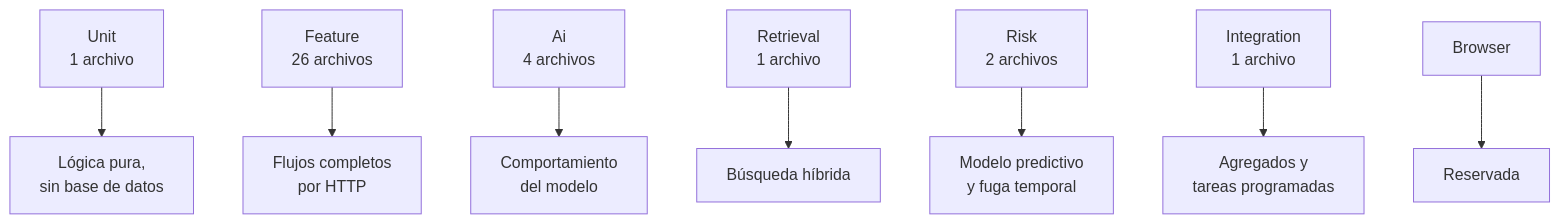
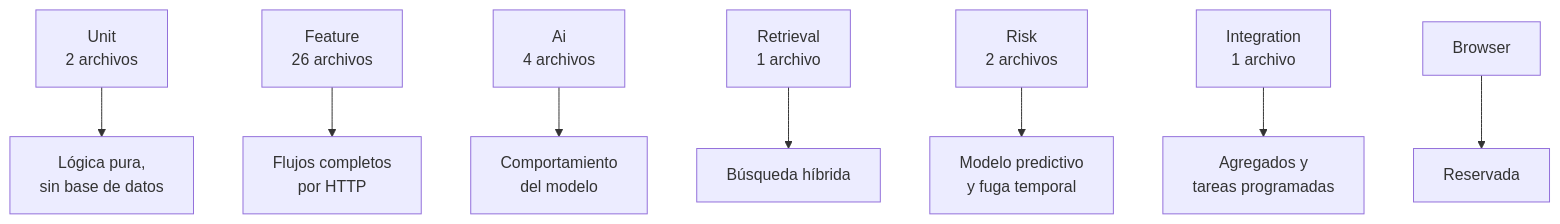
Before and after one commit to 75220834-cloud/PROYECTO-TALLER-DE-INV.-1: the first of 2 diagrams in docs/tecnica/12-pruebas-y-calidad.md, drawn with Mermaid. The commit also changed other lines of this file and 16 other files, not shown here.

````diff
--- a/docs/tecnica/12-pruebas-y-calidad.md
+++ b/docs/tecnica/12-pruebas-y-calidad.md
@@ -24,10 +24,10 @@
 ```mermaid
 graph TB
-    U["Unit<br/>1 archivo"] --> D["Lógica pura,<br/>sin base de datos"]
+    U["Unit<br/>2 archivos"] --> D["Lógica pura,<br/>sin base de datos"]
     F["Feature<br/>26 archivos"] --> E["Flujos completos<br/>por HTTP"]
     A["Ai<br/>4 archivos"] --> G["Comportamiento<br/>del modelo"]
     R["Retrieval<br/>1 archivo"] --> H["Búsqueda híbrida"]
     RI["Risk<br/>2 archivos"] --> I["Modelo predictivo<br/>y fuga temporal"]
     IN["Integration<br/>1 archivo"] --> J["Agregados y<br/>tareas programadas"]
     B["Browser"] --> K["Reservada"]
 ```
````
